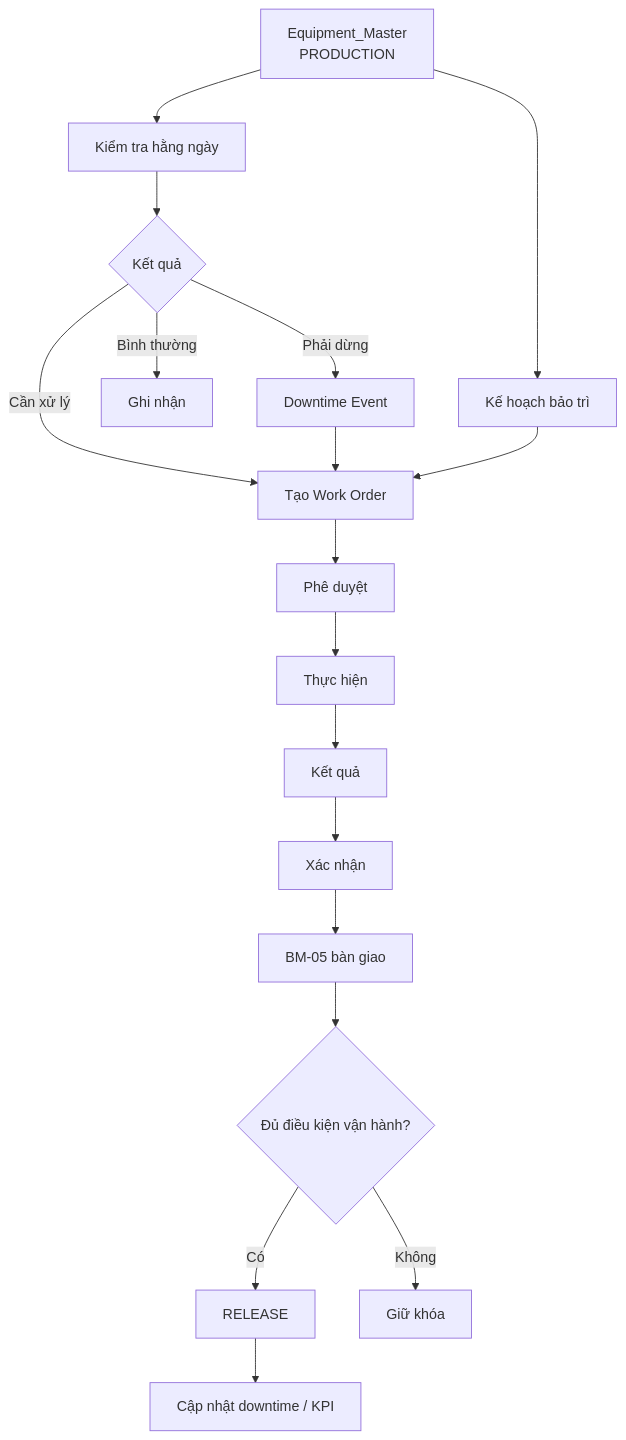
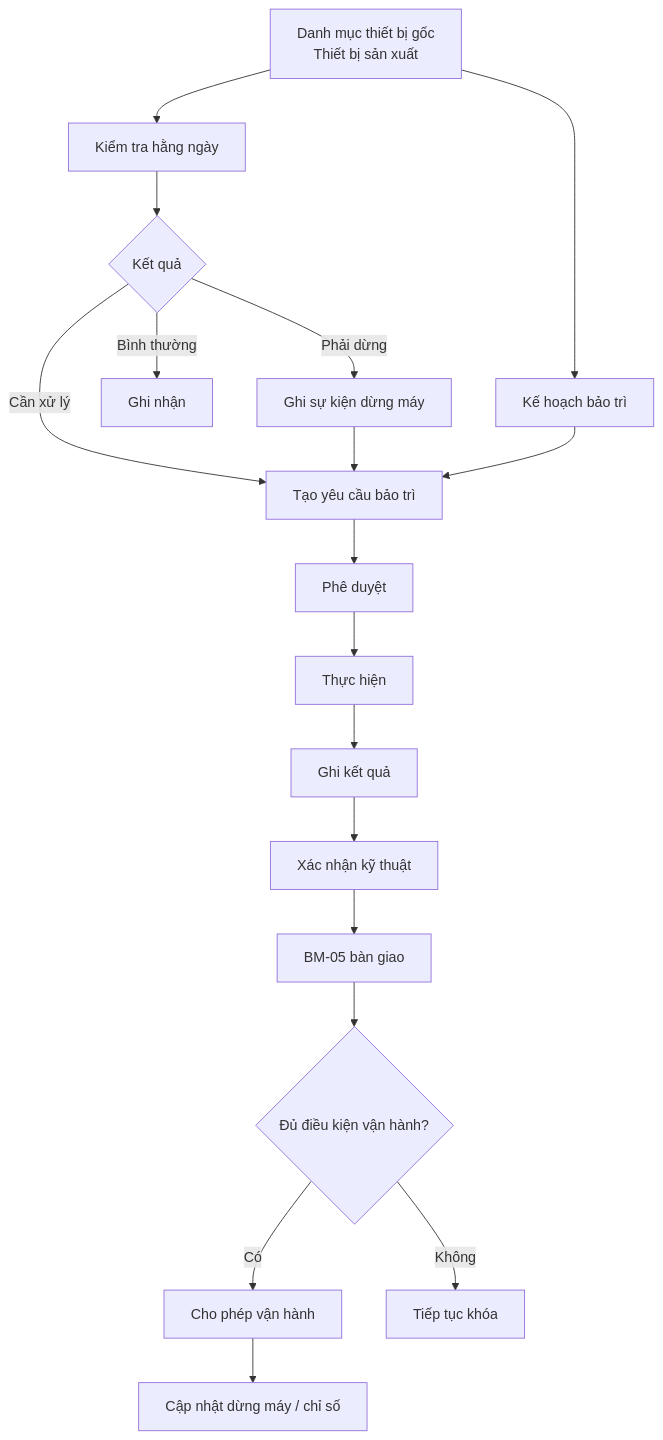
Before and after one commit to phan-tan-7211/IATF-16949-Equipment-Management: the second of 5 diagrams in docs/KIEN_TRUC_LUONG_HE_THONG.md, drawn with Mermaid. The commit also changed other lines of this file, not shown here.

Commit message:
docs: chuẩn hóa kiến trúc thuần tiếng Việt và mã thiết bị chính thức

````diff
--- a/docs/KIEN_TRUC_LUONG_HE_THONG.md
+++ b/docs/KIEN_TRUC_LUONG_HE_THONG.md
@@ -135,20 +143,20 @@
 ```mermaid
 flowchart TD
-    A["Equipment_Master<br/>PRODUCTION"] --> B["Kiểm tra hằng ngày"]
+    A["Danh mục thiết bị gốc<br/>Thiết bị sản xuất"] --> B["Kiểm tra hằng ngày"]
     A --> C["Kế hoạch bảo trì"]
     B --> D{"Kết quả"}
     D -->|"Bình thường"| E["Ghi nhận"]
-    D -->|"Cần xử lý"| F["Tạo Work Order"]
-    D -->|"Phải dừng"| G["Downtime Event"]
+    D -->|"Cần xử lý"| F["Tạo yêu cầu bảo trì"]
+    D -->|"Phải dừng"| G["Ghi sự kiện dừng máy"]
     G --> F
     C --> F
     F --> H["Phê duyệt"]
     H --> I["Thực hiện"]
-    I --> J["Kết quả"]
-    J --> K["Xác nhận"]
+    I --> J["Ghi kết quả"]
+    J --> K["Xác nhận kỹ thuật"]
     K --> L["BM-05 bàn giao"]
     L --> M{"Đủ điều kiện vận hành?"}
-    M -->|"Có"| N["RELEASE"]
-    M -->|"Không"| O["Giữ khóa"]
-    N --> P["Cập nhật downtime / KPI"]
+    M -->|"Có"| N["Cho phép vận hành"]
+    M -->|"Không"| O["Tiếp tục khóa"]
+    N --> P["Cập nhật dừng máy / chỉ số"]
 ```
````
